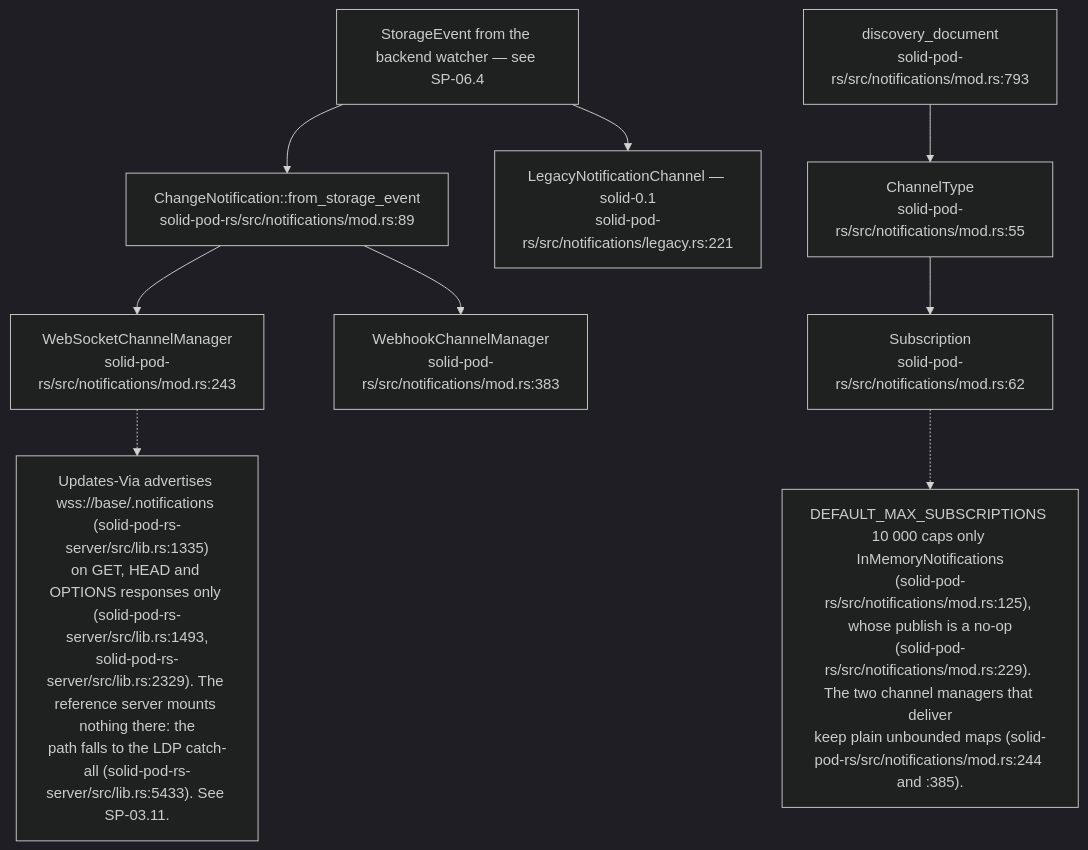
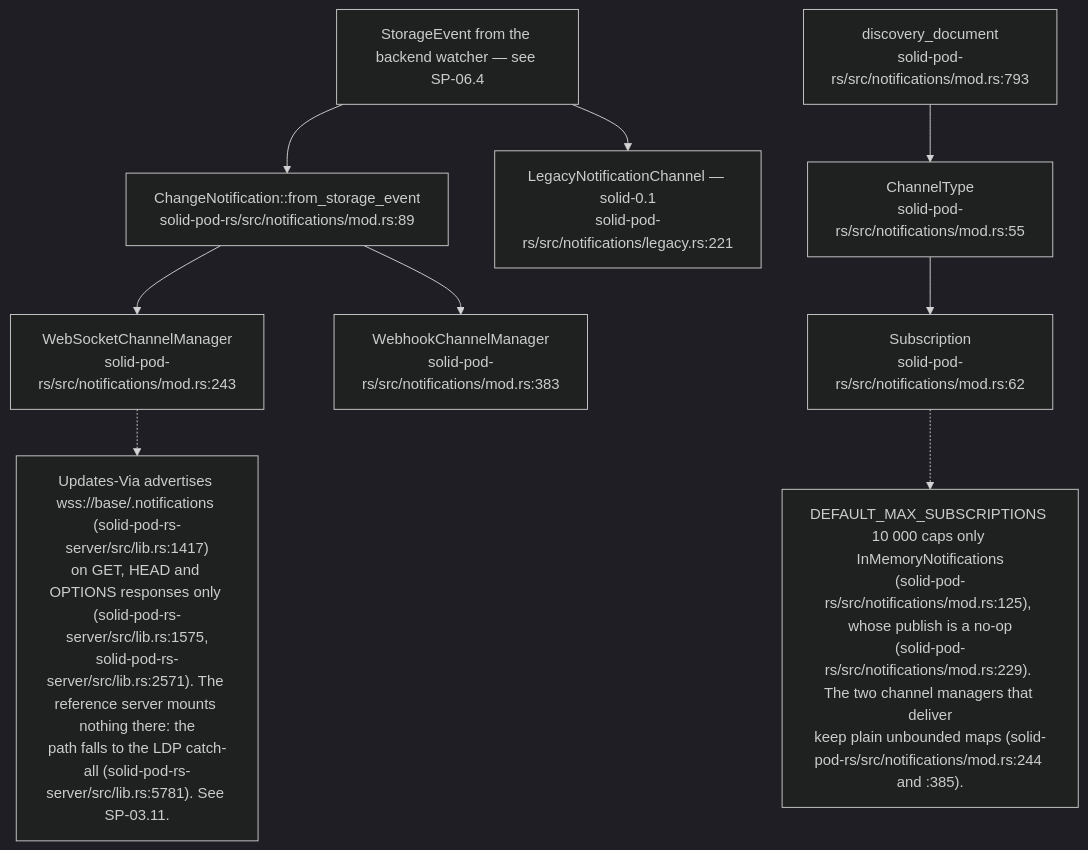
One commit to DreamLab-AI/VisionFlow changed the first of 17 diagrams in docs/diagrams/solid-pod-rs/08-federation-notifications-forge-mcp.md. Above: the diagram before and after it, drawn with Mermaid (dark theme). The commit also changed other lines of this file and 154 other files, not shown here.

First line of the commit message:
docs(diagrams): re-stamp 154 topics whose every citation still reads the same text at the current heads

````diff
--- a/docs/diagrams/solid-pod-rs/08-federation-notifications-forge-mcp.md
+++ b/docs/diagrams/solid-pod-rs/08-federation-notifications-forge-mcp.md
@@ -62,22 +62,22 @@
 ```mermaid
 flowchart TD
     SE["StorageEvent from the backend watcher — see SP-06.4"]
     CN["ChangeNotification::from_storage_event<br/>solid-pod-rs/src/notifications/mod.rs:89"]
     WS["WebSocketChannelManager<br/>solid-pod-rs/src/notifications/mod.rs:243"]
     WH["WebhookChannelManager<br/>solid-pod-rs/src/notifications/mod.rs:383"]
     LEG["LegacyNotificationChannel — solid-0.1<br/>solid-pod-rs/src/notifications/legacy.rs:221"]
     DISC["discovery_document<br/>solid-pod-rs/src/notifications/mod.rs:793"]
     SUB["Subscription<br/>solid-pod-rs/src/notifications/mod.rs:62"]
     CT["ChannelType<br/>solid-pod-rs/src/notifications/mod.rs:55"]
 
     SE --> CN
     CN --> WS
     CN --> WH
     SE --> LEG
     DISC --> CT --> SUB
 
     N["DEFAULT_MAX_SUBSCRIPTIONS 10 000 caps only InMemoryNotifications<br/>(solid-pod-rs/src/notifications/mod.rs:125), whose publish is a no-op<br/>(solid-pod-rs/src/notifications/mod.rs:229). The two channel managers that deliver<br/>keep plain unbounded maps (solid-pod-rs/src/notifications/mod.rs:244 and :385)."]
     SUB -.-> N
-    N2["Updates-Via advertises wss://base/.notifications (solid-pod-rs-server/src/lib.rs:1335)<br/>on GET, HEAD and OPTIONS responses only (solid-pod-rs-server/src/lib.rs:1493,<br/>solid-pod-rs-server/src/lib.rs:2329). The reference server mounts nothing there: the<br/>path falls to the LDP catch-all (solid-pod-rs-server/src/lib.rs:5433). See SP-03.11."]
+    N2["Updates-Via advertises wss://base/.notifications (solid-pod-rs-server/src/lib.rs:1417)<br/>on GET, HEAD and OPTIONS responses only (solid-pod-rs-server/src/lib.rs:1575,<br/>solid-pod-rs-server/src/lib.rs:2571). The reference server mounts nothing there: the<br/>path falls to the LDP catch-all (solid-pod-rs-server/src/lib.rs:5781). See SP-03.11."]
     WS -.-> N2
 ```
````
